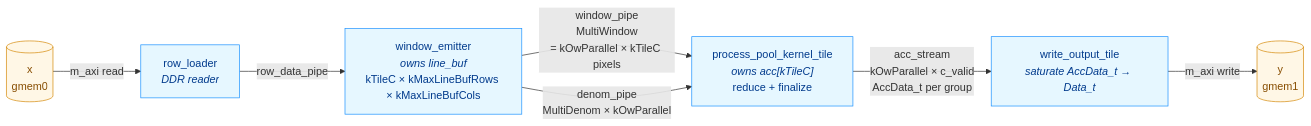
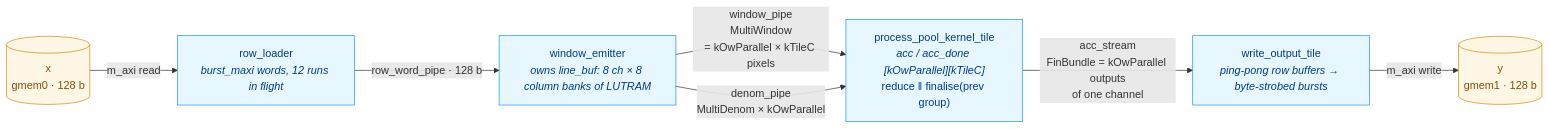
The second of 2 diagrams in doc/POOL_OPTIMIZATION.md (phoenix367/cormorant), drawn with Mermaid before and after one commit. The commit also changed other lines of this file and 1 other file, not shown here.

Commit message:
POOL_OPTIMIZATION.md §2.14: 8-lane end-to-end rework — lane mapping, RTL before/after, resources, traps; plan §3 step 2

````diff
--- a/doc/POOL_OPTIMIZATION.md
+++ b/doc/POOL_OPTIMIZATION.md
@@ -755,21 +941,21 @@
 ```mermaid
 flowchart LR
-    DDR_IN[("x<br/>gmem0")]
-    DDR_OUT[("y<br/>gmem1")]
-    RL["row_loader<br/><i>DDR reader</i>"]
-    WE["window_emitter<br/><i>owns line_buf</i><br/>kTileC × kMaxLineBufRows × kMaxLineBufCols"]
-    PP["process_pool_kernel_tile<br/><i>owns acc[kTileC]</i><br/>reduce + finalize"]
-    WO["write_output_tile<br/><i>saturate AccData_t → Data_t</i>"]
+    DDR_IN[("x<br/>gmem0 · 128 b")]
+    DDR_OUT[("y<br/>gmem1 · 128 b")]
+    RL["row_loader<br/><i>burst_maxi words, 12 runs in flight</i>"]
+    WE["window_emitter<br/><i>owns line_buf: 8 ch × 8 column banks of LUTRAM</i>"]
+    PP["process_pool_kernel_tile<br/><i>acc / acc_done [kOwParallel][kTileC]</i><br/>reduce ‖ finalise(prev group)"]
+    WO["write_output_tile<br/><i>ping-pong row buffers → byte-strobed bursts</i>"]
 
     DDR_IN -->|m_axi read| RL
-    RL -->|row_data_pipe| WE
+    RL -->|row_word_pipe · 128 b| WE
     WE -->|window_pipe<br/>MultiWindow<br/>= kOwParallel × kTileC pixels| PP
     WE -->|denom_pipe<br/>MultiDenom × kOwParallel| PP
-    PP -->|acc_stream<br/>kOwParallel × c_valid<br/>AccData_t per group| WO
+    PP -->|acc_stream<br/>FinBundle = kOwParallel outputs<br/>of one channel| WO
     WO -->|m_axi write| DDR_OUT
 
     classDef ddr fill:#fff7e6,stroke:#d48806,color:#874d00
     classDef stage fill:#e6f7ff,stroke:#1890ff,color:#003a8c
     class DDR_IN,DDR_OUT ddr
     class RL,WE,PP,WO stage
 ```
````
